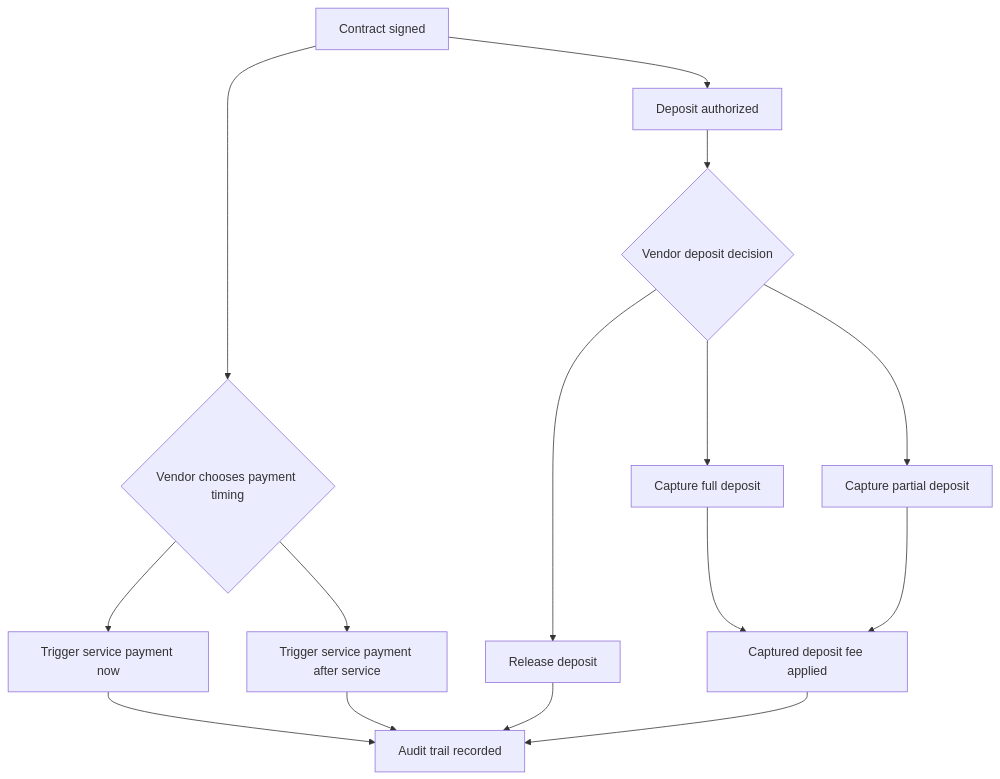
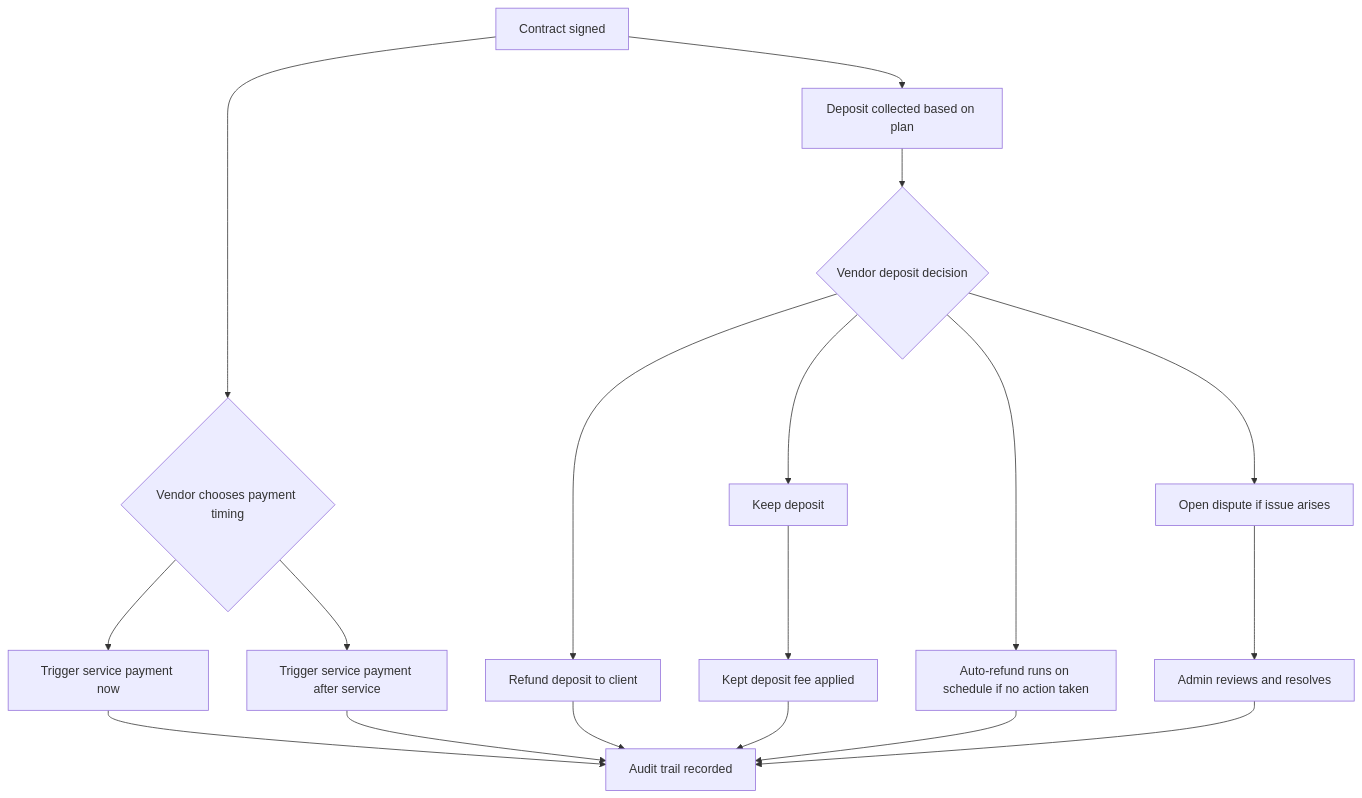
One commit to landri81/contrazy.github.io changed the second of 4 diagrams in Conntrazy Final Delivery Summary.md. Above: the diagram before and after it, drawn with Mermaid. The commit also changed other lines of this file and 23 other files, not shown here.

Commit message:
Final update with new refund and capture strategy and vercel corn setup with resend email receive webhook flow - STABLE UPDATE

````diff
--- a/Conntrazy Final Delivery Summary.md
+++ b/Conntrazy Final Delivery Summary.md
@@ -316,17 +337,20 @@
 ```mermaid
 flowchart TD
     A[Contract signed] --> B{Vendor chooses payment timing}
     B --> C[Trigger service payment now]
     B --> D[Trigger service payment after service]
-    A --> E[Deposit authorized]
+    A --> E[Deposit collected based on plan]
     E --> F{Vendor deposit decision}
-    F --> G[Release deposit]
-    F --> H[Capture full deposit]
-    F --> I[Capture partial deposit]
-    H --> J[Captured deposit fee applied]
-    I --> J
-    C --> K[Audit trail recorded]
-    D --> K
-    G --> K
-    J --> K
+    F --> G[Refund deposit to client]
+    F --> H[Keep deposit]
+    F --> I[Open dispute if issue arises]
+    F --> J[Auto-refund runs on schedule if no action taken]
+    H --> K[Kept deposit fee applied]
+    I --> L[Admin reviews and resolves]
+    C --> M[Audit trail recorded]
+    D --> M
+    G --> M
+    K --> M
+    J --> M
+    L --> M
 ```
````
